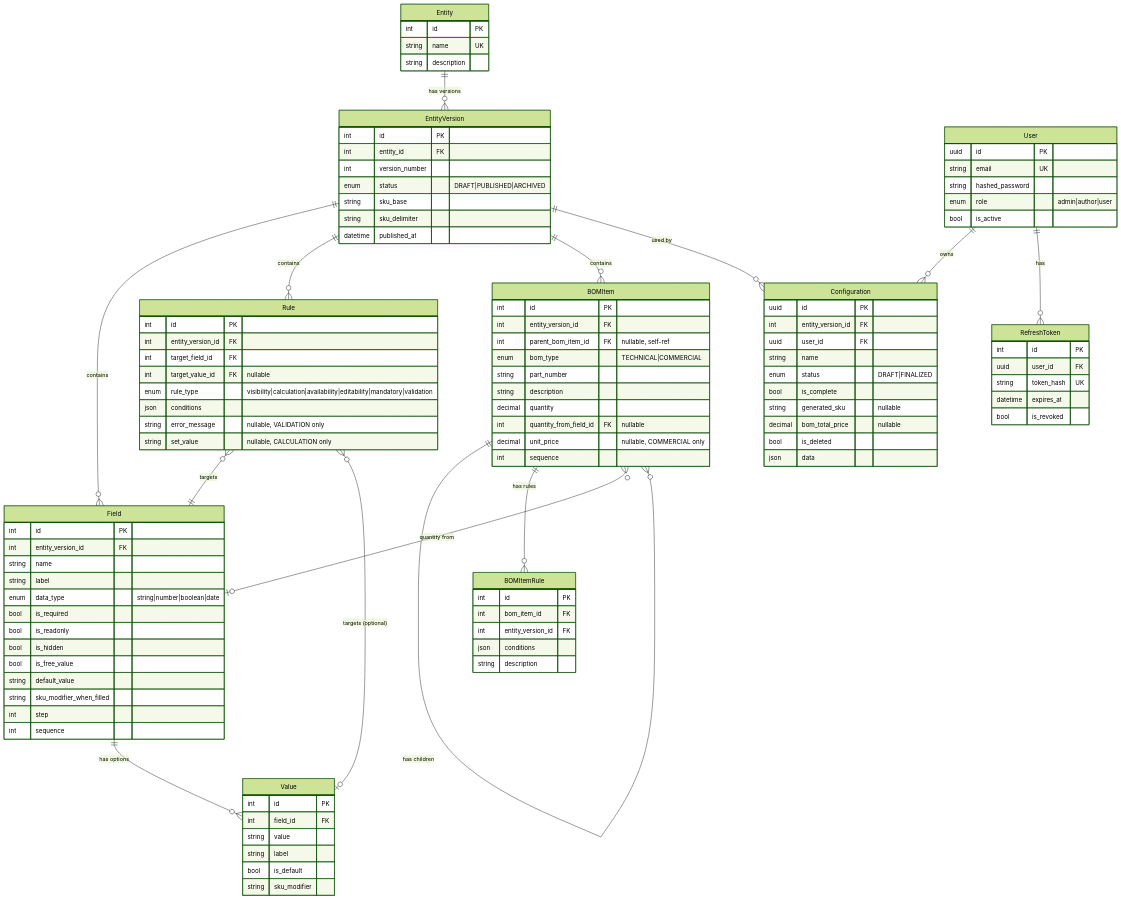
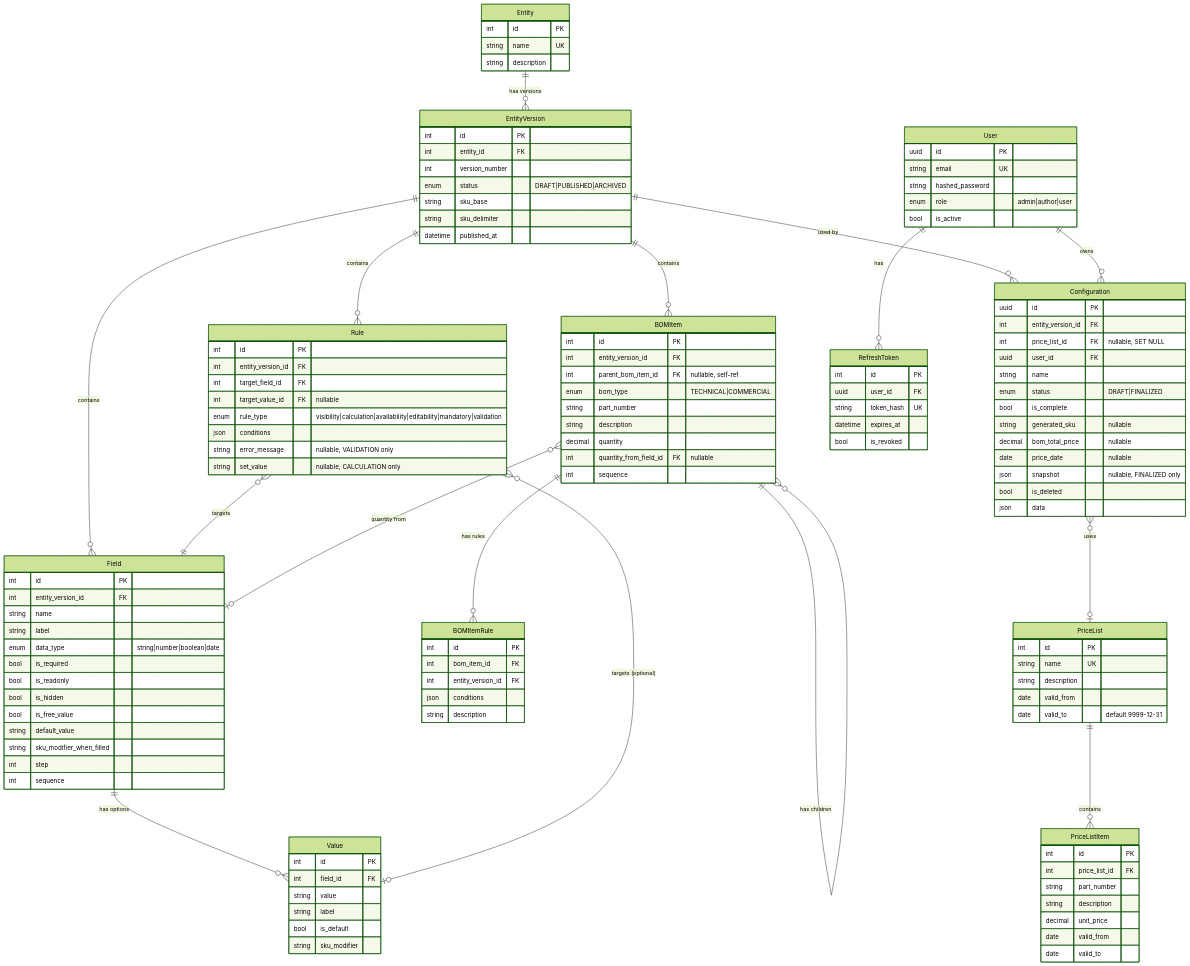
One commit to matteop3/rule_engine changed the first of 4 diagrams in README.md. Above: the diagram before and after it, drawn with Mermaid (forest theme). The commit also changed other lines of this file and 48 other files, not shown here.

Commit message:
Add global price list with temporal validity and hybrid rehydration snapshot.

```diff
--- a/README.md
+++ b/README.md
@@ -281,6 +292,8 @@
     BOMItem ||--o{ BOMItem : "has children"
     BOMItem ||--o{ BOMItemRule : "has rules"
     BOMItem }o--o| Field : "quantity from"
+    PriceList ||--o{ PriceListItem : "contains"
+    Configuration }o--o| PriceList : "uses"
     User ||--o{ Configuration : "owns"
     User ||--o{ RefreshToken : "has"
 
@@ -345,8 +358,25 @@
         string description
         decimal quantity
         int quantity_from_field_id FK "nullable"
-        decimal unit_price "nullable, COMMERCIAL only"
         int sequence
+    }
+
+    PriceList {
+        int id PK
+        string name UK
+        string description
+        date valid_from
+        date valid_to "default 9999-12-31"
+    }
+
+    PriceListItem {
+        int id PK
+        int price_list_id FK
+        string part_number
+        string description
+        decimal unit_price
+        date valid_from
+        date valid_to
     }
 
     BOMItemRule {
@@ -360,12 +390,15 @@
     Configuration {
         uuid id PK
         int entity_version_id FK
+        int price_list_id FK "nullable, SET NULL"
         uuid user_id FK
         string name
         enum status "DRAFT|FINALIZED"
         bool is_complete
         string generated_sku "nullable"
         decimal bom_total_price "nullable"
+        date price_date "nullable"
+        json snapshot "nullable, FINALIZED only"
         bool is_deleted
         json data
     }
```
